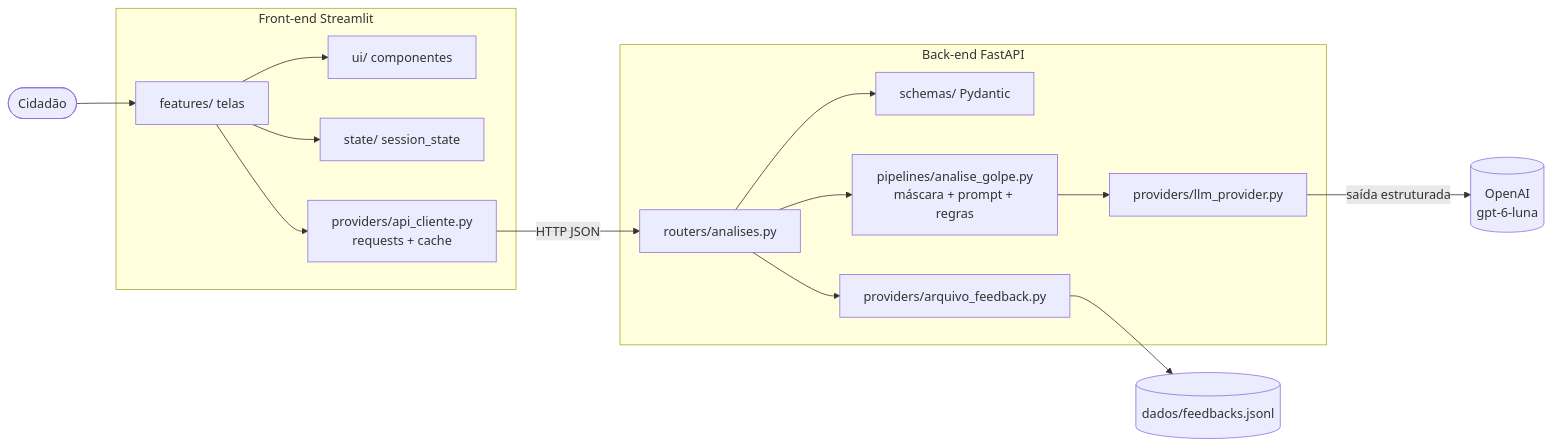
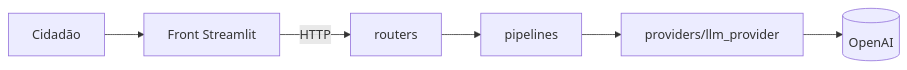
The diagram in README.md (ArthurPedreca/alerta-golpe), drawn with Mermaid before and after one commit. The commit also changed other lines of this file and 12 other files, not shown here.

````diff
--- a/README.md
+++ b/README.md
@@ -39,18 +28,8 @@
 ```mermaid
 flowchart LR
-    C([Cidadão]) --> F
-    subgraph Front-end Streamlit
-        F[features/ telas] --> U[ui/ componentes]
-        F --> S[state/ session_state]
-        F --> P[providers/api_cliente.py<br/>requests + cache]
-    end
-    P -- HTTP JSON --> R
-    subgraph Back-end FastAPI
-        R[routers/analises.py] --> SC[schemas/ Pydantic]
-        R --> PL[pipelines/analise_golpe.py<br/>máscara + prompt + regras]
-        PL --> LP[providers/llm_provider.py]
-        R --> AF[providers/arquivo_feedback.py]
-    end
-    LP -- saída estruturada --> O[(OpenAI<br/>gpt-6-luna)]
-    AF --> D[(dados/feedbacks.jsonl)]
+    A[Cidadão] --> B[Front Streamlit]
+    B -- HTTP --> C[routers]
+    C --> D[pipelines]
+    D --> E[providers/llm_provider]
+    E --> F[(OpenAI)]
 ```
````
